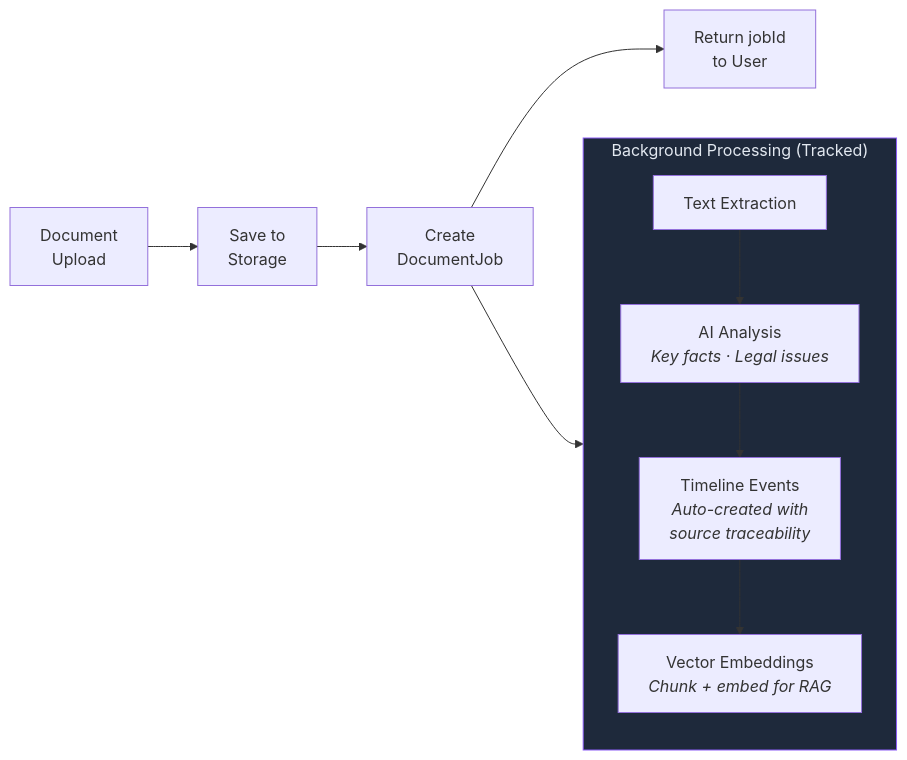
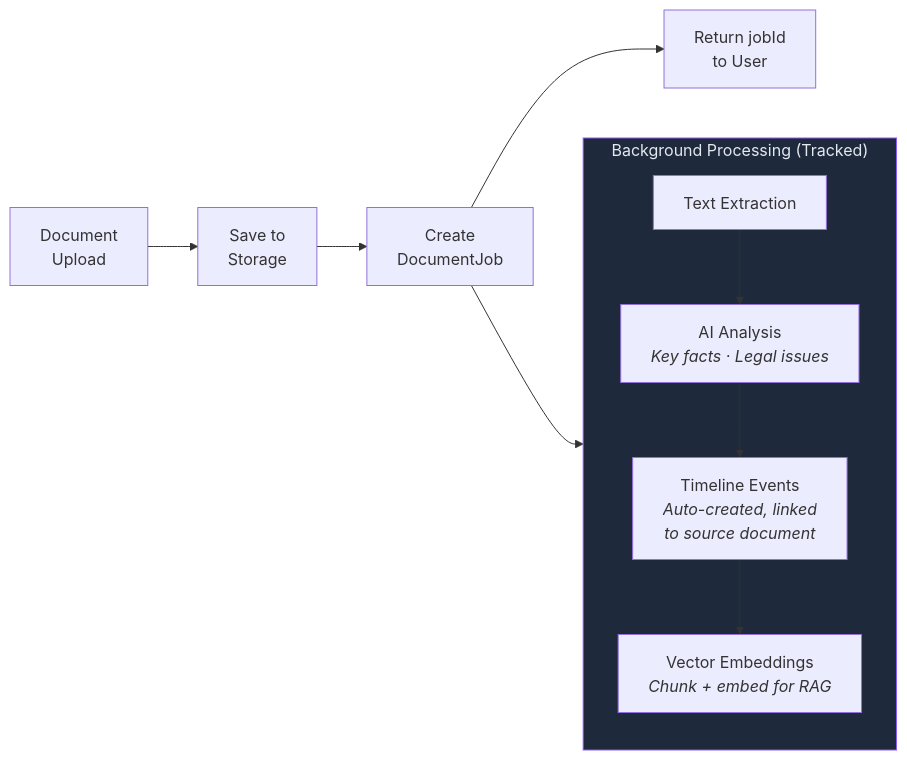
The fifth of 11 diagrams in ARCHITECTURE.md (EolaFam1828/AetherLegalIntelligence), drawn with Mermaid before and after one commit. The commit also changed other lines of this file and 7 other files, not shown here.

First line of the commit message:
Honesty audit: remove overclaims, add limitations and roadmap

````diff
--- a/ARCHITECTURE.md
+++ b/ARCHITECTURE.md
@@ -184,19 +196,19 @@
 ```mermaid
 flowchart LR
     UPLOAD["Document<br/>Upload"] --> SAVE["Save to<br/>Storage"]
     SAVE --> JOB["Create<br/>DocumentJob"]
     JOB --> RESPOND["Return jobId<br/>to User"]
     JOB --> ASYNC["Async Pipeline"]
 
     subgraph ASYNC["Background Processing (Tracked)"]
         direction TB
         TEXT["Text Extraction"]
         ANALYZE["AI Analysis<br/><i>Key facts · Legal issues</i>"]
-        TIMELINE["Timeline Events<br/><i>Auto-created with<br/>source traceability</i>"]
+        TIMELINE["Timeline Events<br/><i>Auto-created, linked<br/>to source document</i>"]
         VECTORS["Vector Embeddings<br/><i>Chunk + embed for RAG</i>"]
 
         TEXT --> ANALYZE --> TIMELINE --> VECTORS
     end
 
     style ASYNC fill:#1e293b,stroke:#8b5cf6,color:#e2e8f0
 ```
````
